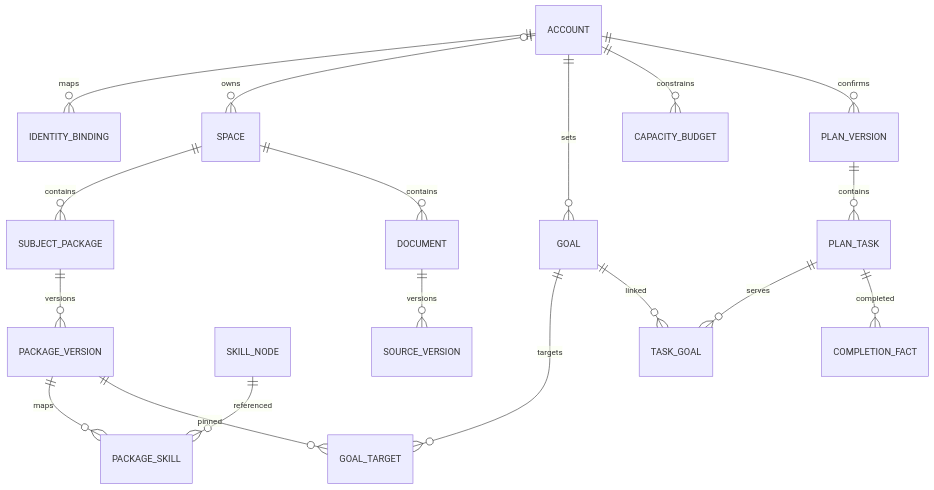
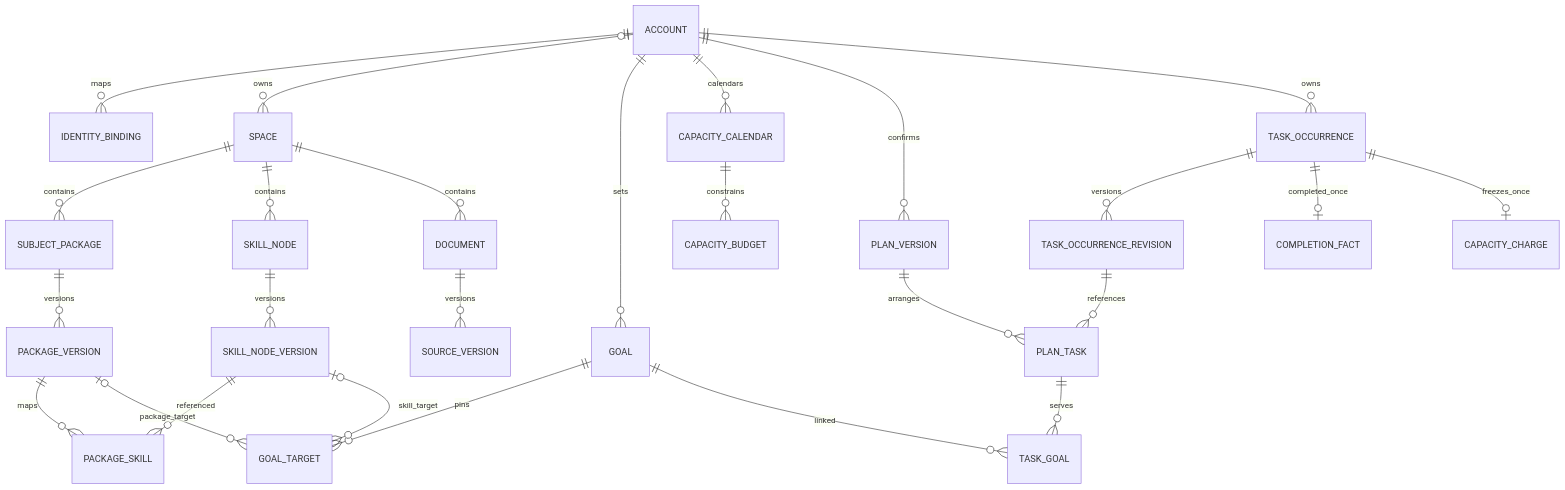
Before and after one commit to cn-ryh/canlearn-v2: the diagram in docs/architecture/CL-006/conceptual-model.md, drawn with Mermaid. The commit also changed other lines of this file and 8 other files, not shown here.

````diff
--- a/docs/architecture/CL-006/conceptual-model.md
+++ b/docs/architecture/CL-006/conceptual-model.md
@@ -16,20 +29,28 @@
 ```mermaid
 erDiagram
   ACCOUNT ||--o{ IDENTITY_BINDING : maps
   ACCOUNT o|--o{ SPACE : owns
   SPACE ||--o{ SUBJECT_PACKAGE : contains
   SUBJECT_PACKAGE ||--o{ PACKAGE_VERSION : versions
+  SPACE ||--o{ SKILL_NODE : contains
+  SKILL_NODE ||--o{ SKILL_NODE_VERSION : versions
   PACKAGE_VERSION ||--o{ PACKAGE_SKILL : maps
-  SKILL_NODE ||--o{ PACKAGE_SKILL : referenced
+  SKILL_NODE_VERSION ||--o{ PACKAGE_SKILL : referenced
   ACCOUNT ||--o{ GOAL : sets
-  GOAL ||--o{ GOAL_TARGET : targets
-  PACKAGE_VERSION ||--o{ GOAL_TARGET : pinned
-  ACCOUNT ||--o{ CAPACITY_BUDGET : constrains
+  GOAL ||--o{ GOAL_TARGET : pins
+  PACKAGE_VERSION o|--o{ GOAL_TARGET : package_target
+  SKILL_NODE_VERSION o|--o{ GOAL_TARGET : skill_target
+  ACCOUNT ||--o{ CAPACITY_CALENDAR : calendars
+  CAPACITY_CALENDAR ||--o{ CAPACITY_BUDGET : constrains
   ACCOUNT ||--o{ PLAN_VERSION : confirms
-  PLAN_VERSION ||--o{ PLAN_TASK : contains
+  ACCOUNT ||--o{ TASK_OCCURRENCE : owns
+  TASK_OCCURRENCE ||--o{ TASK_OCCURRENCE_REVISION : versions
+  PLAN_VERSION ||--o{ PLAN_TASK : arranges
+  TASK_OCCURRENCE_REVISION ||--o{ PLAN_TASK : references
   PLAN_TASK ||--o{ TASK_GOAL : serves
   GOAL ||--o{ TASK_GOAL : linked
-  PLAN_TASK ||--o{ COMPLETION_FACT : completed
+  TASK_OCCURRENCE ||--o| COMPLETION_FACT : completed_once
+  TASK_OCCURRENCE ||--o| CAPACITY_CHARGE : freezes_once
   SPACE ||--o{ DOCUMENT : contains
   DOCUMENT ||--o{ SOURCE_VERSION : versions
 ```
````
